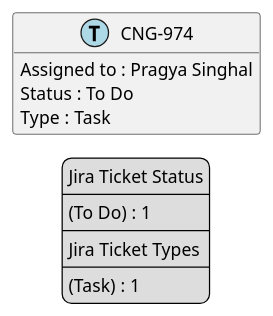
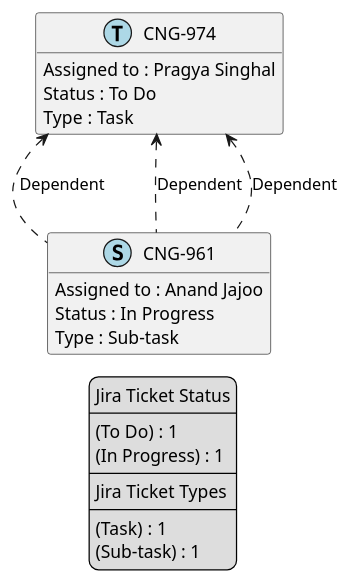
Before and after one commit to brunasti/jiraplotter: the diagram in temp/jira-Pragya Singhal.puml, drawn with PlantUML. The commit also changed 57 other files, not shown here.

```diff
--- a/temp/jira-Pragya Singhal.puml
+++ b/temp/jira-Pragya Singhal.puml
@@ -1,32 +1,43 @@
 @startuml
 'https://plantuml.com/class-diagram
 
 ' GENERATE CLASS DIAGRAM ===========
-' Generated at    : Mon Apr 15 12:32:40 CEST 2024
+' Generated at    : Mon Apr 15 12:46:43 CEST 2024
 
 hide empty members
 
 legend
 Jira Ticket Status
 ----
 (To Do) : 1
+(In Progress) : 1
 ----
 Jira Ticket Types
 ----
 (Task) : 1
+(Sub-task) : 1
 end legend
 
 
 ' Tickets =======
+class "CNG-961" << (S,lightblue) >> {
+  Assigned to : Anand Jajoo
+  Status : In Progress
+  Type : Sub-task
+}
+
 class "CNG-974" << (T,lightblue) >> {
   Assigned to : Pragya Singhal
   Status : To Do
   Type : Task
 }
 
 
 
 ' Links =======
+"CNG-974" <.. "CNG-961" : Dependent
+"CNG-974" <.. "CNG-961" : Dependent
+"CNG-974" <.. "CNG-961" : Dependent
 
 
 @enduml
```
